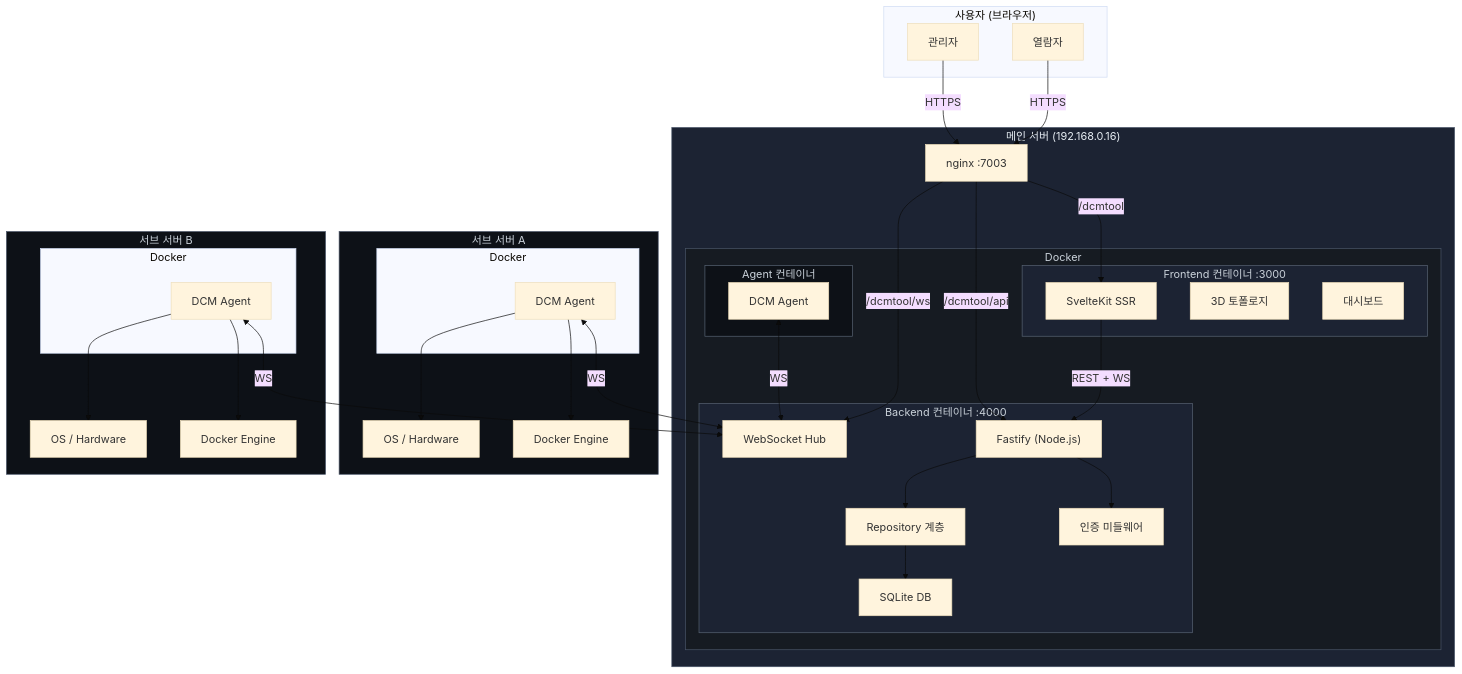
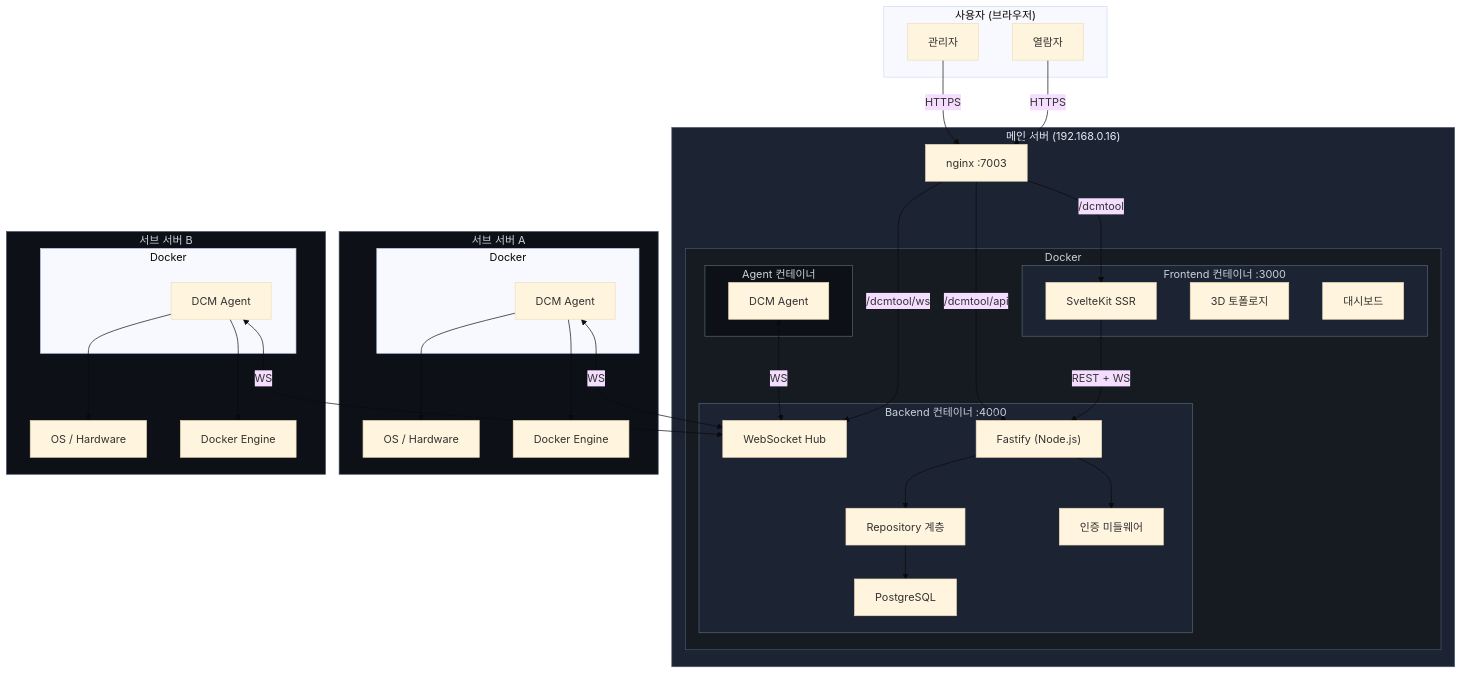
The first of 12 diagrams in docs/to-be-architecture.md (qkr7287/HyperCube), drawn with Mermaid (base theme) before and after one commit. The commit also changed other lines of this file, not shown here.

First line of the commit message:
docs: switch to PostgreSQL, add AI Service architecture

````diff
--- a/docs/to-be-architecture.md
+++ b/docs/to-be-architecture.md
@@ -19,73 +19,73 @@
 ```mermaid
 graph TB
     subgraph 사용자["사용자 (브라우저)"]
         Admin["관리자"]
         Viewer["열람자"]
     end
 
     subgraph MainServer["메인 서버 (192.168.0.16)"]
         Nginx["nginx :7003"]
 
         subgraph DockerMain["Docker"]
             subgraph FE["Frontend 컨테이너 :3000"]
                 SvelteKit["SvelteKit SSR"]
                 Topo["3D 토폴로지"]
                 Dashboard["대시보드"]
             end
 
             subgraph BE["Backend 컨테이너 :4000"]
                 Fastify["Fastify (Node.js)"]
                 WSHub["WebSocket Hub"]
                 AuthMW["인증 미들웨어"]
                 Repo["Repository 계층"]
-                SQLite["SQLite DB"]
+                PgDB["PostgreSQL"]
             end
 
             subgraph AgentMain["Agent 컨테이너"]
                 AgentM["DCM Agent"]
             end
         end
     end
 
     subgraph SubServer1["서브 서버 A"]
         subgraph DockerSub1["Docker"]
             Agent1["DCM Agent"]
         end
         Docker1["Docker Engine"]
         System1["OS / Hardware"]
     end
 
     subgraph SubServer2["서브 서버 B"]
         subgraph DockerSub2["Docker"]
             Agent2["DCM Agent"]
         end
         Docker2["Docker Engine"]
         System2["OS / Hardware"]
     end
 
     Admin & Viewer -->|HTTPS| Nginx
     Nginx -->|"/dcmtool"| SvelteKit
     Nginx -->|"/dcmtool/api"| Fastify
     Nginx -->|"/dcmtool/ws"| WSHub
 
     SvelteKit -->|REST + WS| Fastify
     Fastify --> AuthMW
-    Fastify --> Repo --> SQLite
+    Fastify --> Repo --> PgDB
 
     AgentM <-->|WS| WSHub
     Agent1 <-->|WS| WSHub
     Agent2 <-->|WS| WSHub
 
     Agent1 --> Docker1
     Agent1 --> System1
     Agent2 --> Docker2
     Agent2 --> System2
 
     style MainServer fill:#1c2333,stroke:#4a5568,color:#e6edf3
     style DockerMain fill:#161b22,stroke:#4a5568,color:#c9d1d9
     style FE fill:#1c2333,stroke:#586474,color:#c9d1d9
     style BE fill:#1c2333,stroke:#586474,color:#c9d1d9
     style AgentMain fill:#0d1117,stroke:#586474,color:#c9d1d9
     style SubServer1 fill:#0d1117,stroke:#4a5568,color:#c9d1d9
     style SubServer2 fill:#0d1117,stroke:#4a5568,color:#c9d1d9
 ```
````
